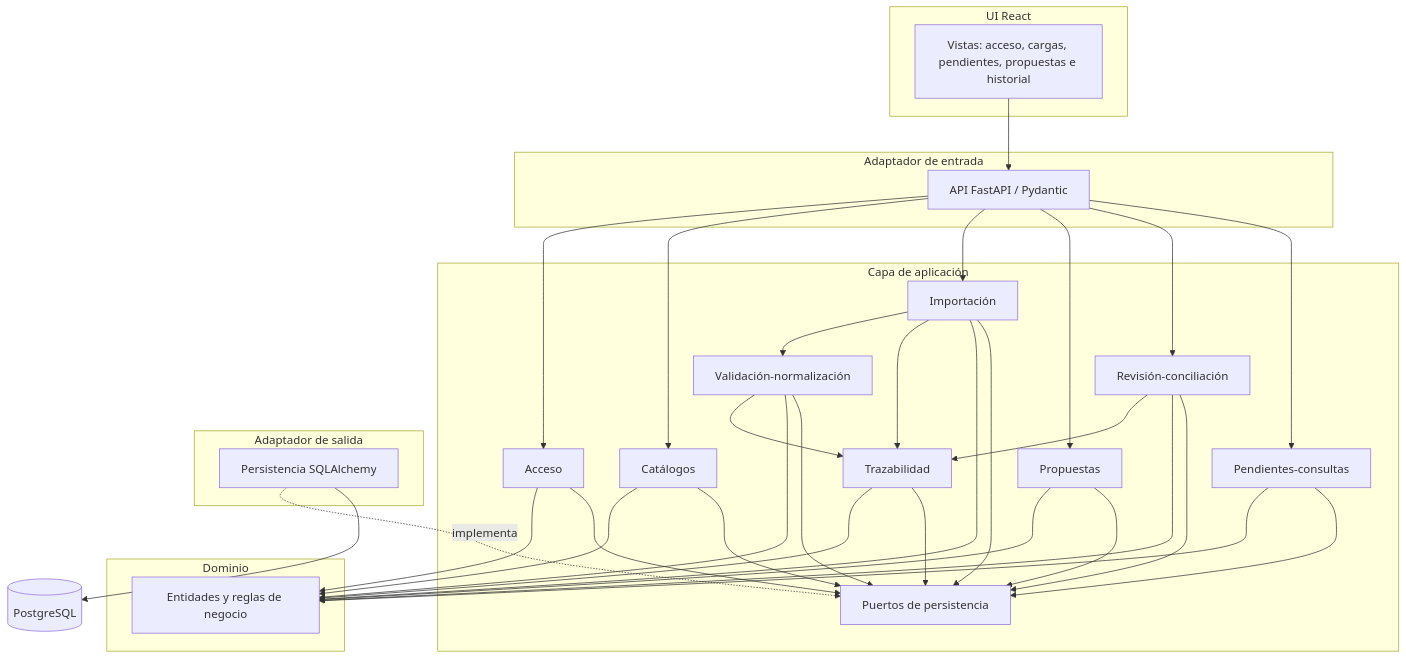
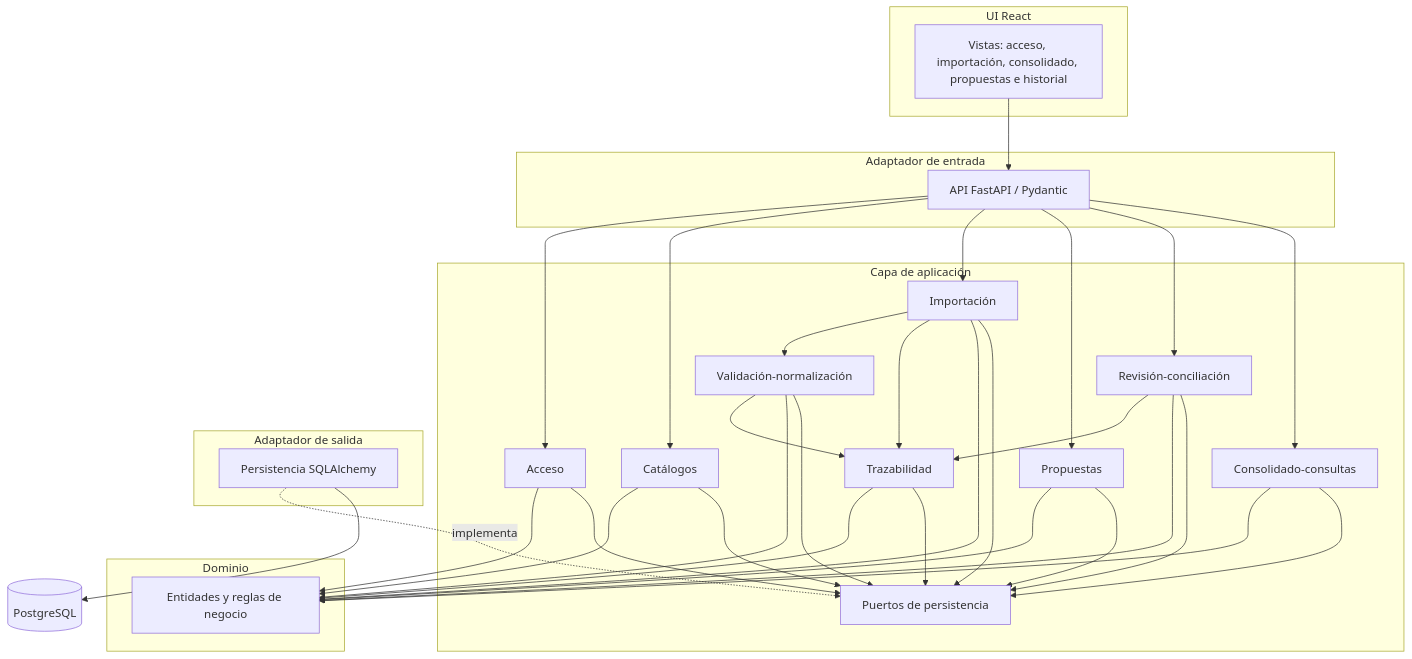
Before and after one commit to turkaym/conciliador-financiero: the fourth of 8 diagrams in docs/segunda-entrega/06-diagramas.md, drawn with Mermaid. The commit also changed other lines of this file and 25 other files, not shown here.

````diff
--- a/docs/segunda-entrega/06-diagramas.md
+++ b/docs/segunda-entrega/06-diagramas.md
@@ -67,56 +68,56 @@
 ```mermaid
 flowchart TB
  subgraph UI[UI React]
-  V[Vistas: acceso, cargas, pendientes, propuestas e historial]
+  V[Vistas: acceso, importación, consolidado, propuestas e historial]
  end
  subgraph IN[Adaptador de entrada]
   API[API FastAPI / Pydantic]
  end
  subgraph APP[Capa de aplicación]
   AC[Acceso]
   CA[Catálogos]
   IM[Importación]
   VN[Validación-normalización]
   PR[Propuestas]
   RC[Revisión-conciliación]
-  PC[Pendientes-consultas]
+  PC[Consolidado-consultas]
   TR[Trazabilidad]
   PORT[Puertos de persistencia]
  end
  subgraph DOM[Dominio]
   D[Entidades y reglas de negocio]
  end
  subgraph OUT[Adaptador de salida]
   PA[Persistencia SQLAlchemy]
  end
  DB[(PostgreSQL)]
  V --> API
  API --> AC
  API --> CA
  API --> IM
  API --> PR
  API --> RC
  API --> PC
  IM --> VN
  IM --> TR
  VN --> TR
  RC --> TR
  AC --> D
  CA --> D
  IM --> D
  VN --> D
  PR --> D
  RC --> D
  PC --> D
  TR --> D
  AC --> PORT
  CA --> PORT
  IM --> PORT
  VN --> PORT
  PR --> PORT
  RC --> PORT
  PC --> PORT
  TR --> PORT
  PA -. implementa .-> PORT
  PA --> DB
 ```
````
